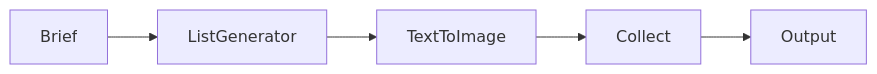
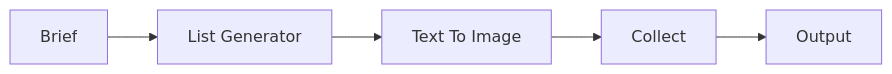
The first of 2 diagrams in docs/cookbook/core-concepts.md (nodetool-ai/nodetool), drawn with Mermaid before and after one commit. The commit also changed other lines of this file and 2 other files, not shown here.

```diff
--- a/docs/cookbook/core-concepts.md
+++ b/docs/cookbook/core-concepts.md
@@ -82,4 +88,4 @@
 {% mermaid %}
 graph LR
-  brief["Brief"] --> gen["ListGenerator"] --> img["TextToImage"] --> collect["Collect"] --> out["Output"]
+  brief["Brief"] --> gen["List Generator"] --> img["Text To Image"] --> collect["Collect"] --> out["Output"]
 {% endmermaid %}
```
